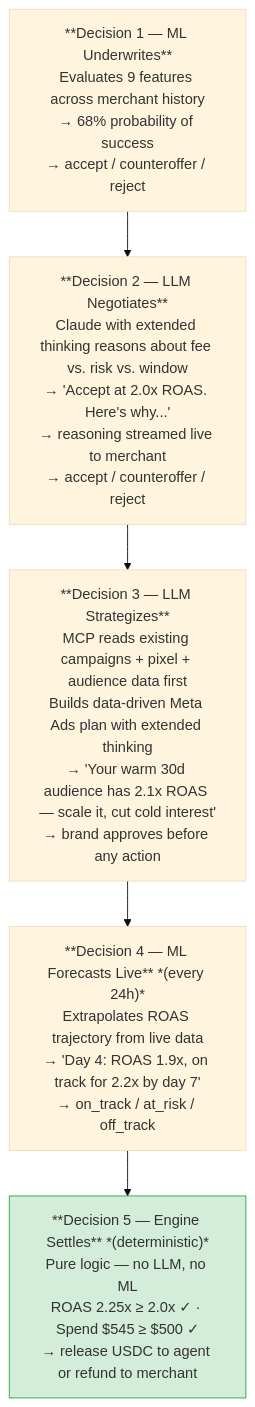
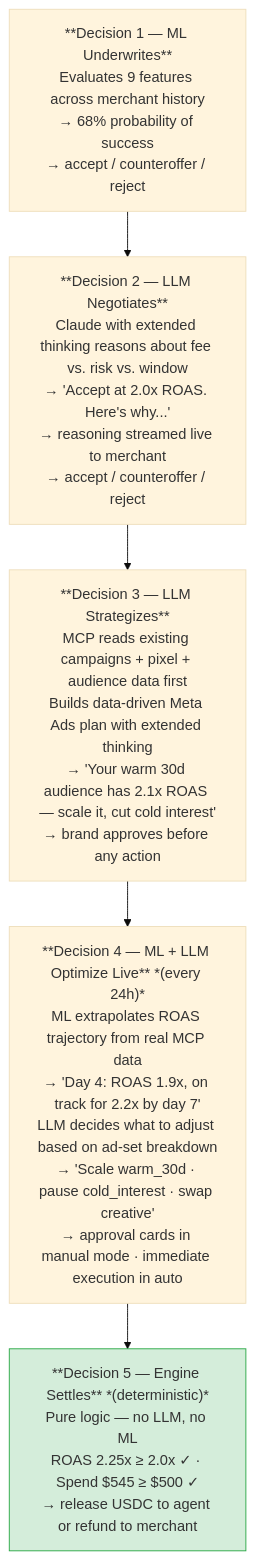
Before and after one commit to SankaiAI/Bidtopus: the third of 6 diagrams in pitch/02_system_diagram.md, drawn with Mermaid (base theme). The commit also changed other lines of this file and 7 other files, not shown here.

First line of the commit message:
feat: wire generate-plan, manual approval workflow, fix MCP tool names

````diff
--- a/pitch/02_system_diagram.md
+++ b/pitch/02_system_diagram.md
@@ -82,16 +92,16 @@
 ```mermaid
 flowchart TD
     D1["**Decision 1 — ML Underwrites**\nEvaluates 9 features across merchant history\n→ 68% probability of success\n→ accept / counteroffer / reject"]
 
     D2["**Decision 2 — LLM Negotiates**\nClaude with extended thinking reasons about fee vs. risk vs. window\n→ 'Accept at 2.0x ROAS. Here's why...'\n→ reasoning streamed live to merchant\n→ accept / counteroffer / reject"]
 
     D3["**Decision 3 — LLM Strategizes**\nMCP reads existing campaigns + pixel + audience data first\nBuilds data-driven Meta Ads plan with extended thinking\n→ 'Your warm 30d audience has 2.1x ROAS — scale it, cut cold interest'\n→ brand approves before any action"]
 
-    D4["**Decision 4 — ML Forecasts Live** *(every 24h)*\nExtrapolates ROAS trajectory from live data\n→ 'Day 4: ROAS 1.9x, on track for 2.2x by day 7'\n→ on_track / at_risk / off_track"]
+    D4["**Decision 4 — ML + LLM Optimize Live** *(every 24h)*\nML extrapolates ROAS trajectory from real MCP data\n→ 'Day 4: ROAS 1.9x, on track for 2.2x by day 7'\nLLM decides what to adjust based on ad-set breakdown\n→ 'Scale warm_30d · pause cold_interest · swap creative'\n→ approval cards in manual mode · immediate execution in auto"]
 
     D5["**Decision 5 — Engine Settles** *(deterministic)*\nPure logic — no LLM, no ML\nROAS 2.25x ≥ 2.0x ✓ · Spend $545 ≥ $500 ✓\n→ release USDC to agent or refund to merchant"]
 
     D1 --> D2 --> D3 --> D4 --> D5
 
     style D5 fill:#d4edda,stroke:#28a745
 ```
````
